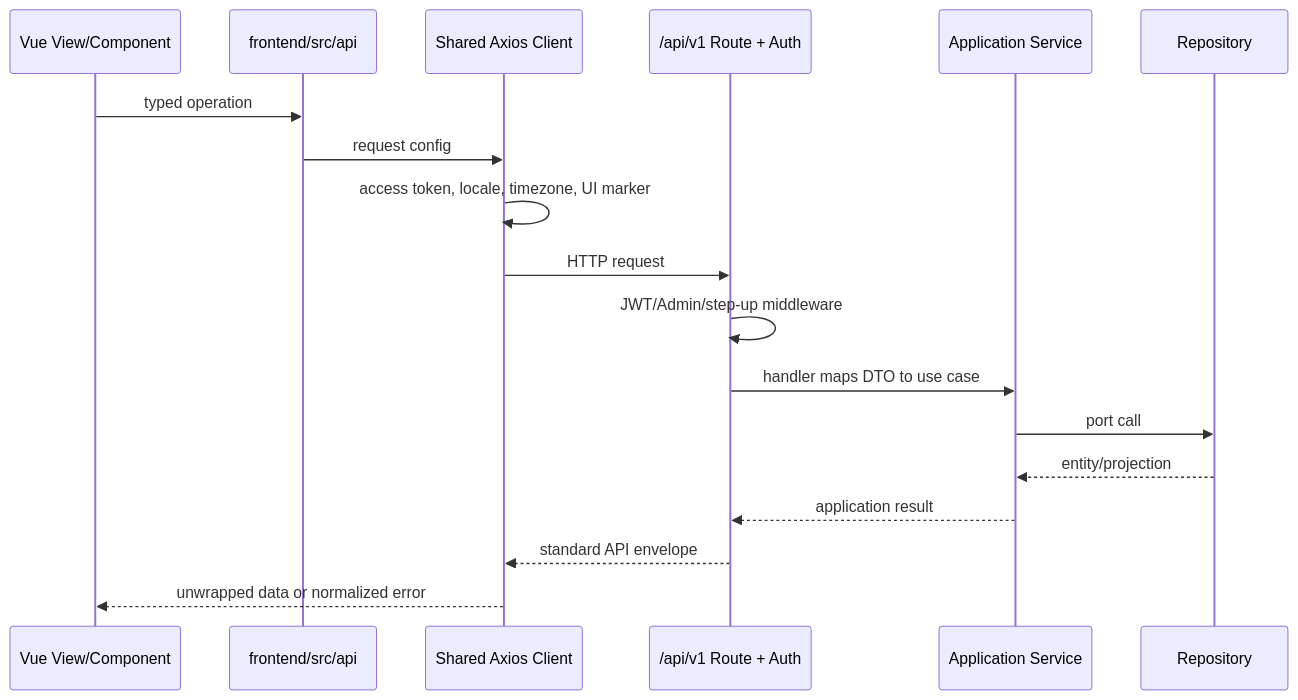
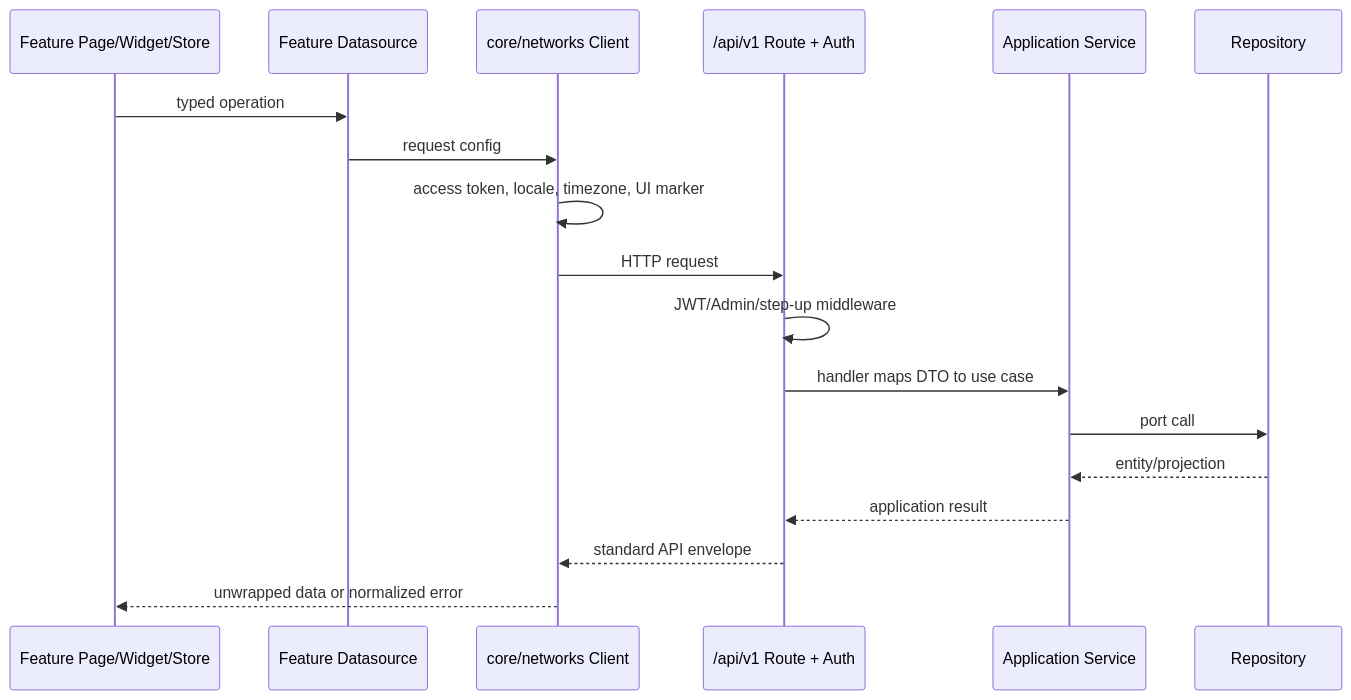
Before and after one commit to DR-lin-eng/sub2api-jinjian2api: the second of 2 diagrams in docs/REQUEST_LIFECYCLES.md, drawn with Mermaid. The commit also changed other lines of this file and 1261 other files, not shown here.

````diff
--- a/docs/REQUEST_LIFECYCLES.md
+++ b/docs/REQUEST_LIFECYCLES.md
@@ -58,21 +58,21 @@
 ```mermaid
 sequenceDiagram
-    participant View as Vue View/Component
-    participant API as frontend/src/api
-    participant Client as Shared Axios Client
+    participant Page as Feature Page/Widget/Store
+    participant Data as Feature Datasource
+    participant Client as core/networks Client
     participant Route as /api/v1 Route + Auth
     participant Service as Application Service
     participant Repo as Repository
 
-    View->>API: typed operation
-    API->>Client: request config
+    Page->>Data: typed operation
+    Data->>Client: request config
     Client->>Client: access token, locale, timezone, UI marker
     Client->>Route: HTTP request
     Route->>Route: JWT/Admin/step-up middleware
     Route->>Service: handler maps DTO to use case
     Service->>Repo: port call
     Repo-->>Service: entity/projection
     Service-->>Route: application result
     Route-->>Client: standard API envelope
-    Client-->>View: unwrapped data or normalized error
+    Client-->>Page: unwrapped data or normalized error
 ```
````
